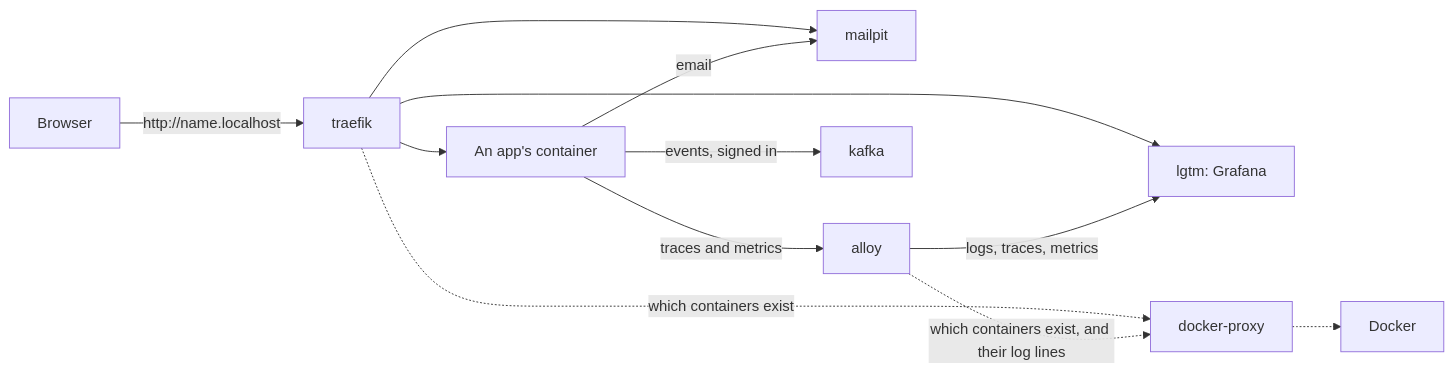
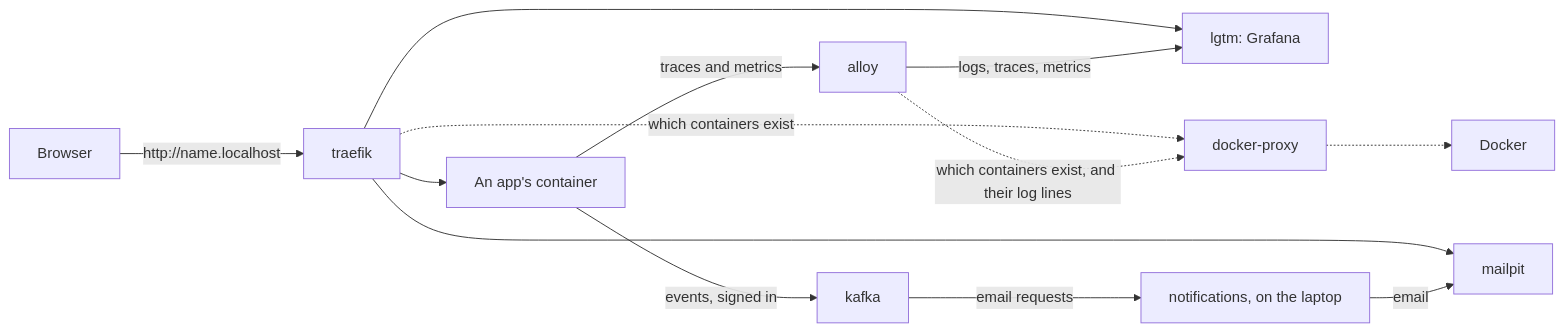
The diagram in stack/README.md (zigordev/platform), drawn with Mermaid before and after one commit. The commit also changed other lines of this file and 7 other files, not shown here.

First line of the commit message:
feat(stack): run notifications on every laptop (#83)

````diff
--- a/stack/README.md
+++ b/stack/README.md
@@ -27,14 +30,15 @@
 ```mermaid
 flowchart LR
   browser["Browser"] -->|"http://name.localhost"| traefik
   traefik --> app["An app's container"]
   traefik --> lgtm["lgtm: Grafana"]
   traefik --> mailpit
   app -->|traces and metrics| alloy
-  app -->|email| mailpit
   app -->|events, signed in| kafka
+  kafka -->|email requests| notifications["notifications, on the laptop"]
+  notifications -->|email| mailpit
   alloy -->|logs, traces, metrics| lgtm
   traefik -.->|which containers exist| proxy["docker-proxy"]
   alloy -.->|which containers exist, and their log lines| proxy
   proxy -.-> docker["Docker"]
 ```
````
